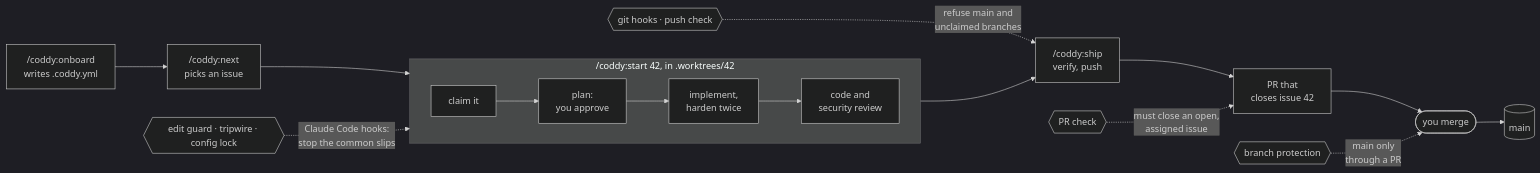
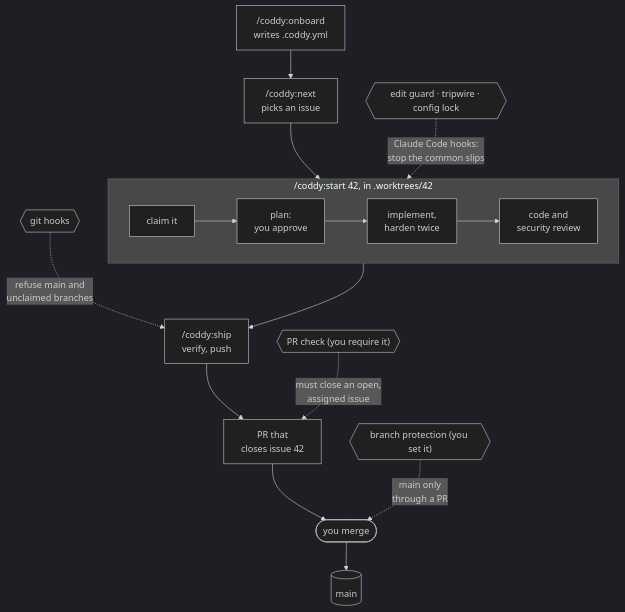
Before and after one commit to mnsami/coddy: the diagram in README.md, drawn with Mermaid (dark theme). The commit also changed other lines of this file and 1 other file, not shown here.

Commit message:
chore: label guards you set yourself, correct diagram edges and skill rows, stack the workflow diagram

````diff
--- a/README.md
+++ b/README.md
@@ -77,18 +77,18 @@
 ```mermaid
-flowchart LR
+flowchart TB
   A["/coddy:onboard<br/>writes .coddy.yml"] --> B["/coddy:next<br/>picks an issue"]
   B --> S
   subgraph S["/coddy:start 42, in .worktrees/42"]
     direction LR
     s1["claim it"] --> s2["plan:<br/>you approve"]
     s2 --> s3["implement,<br/>harden twice"] --> s4["code and<br/>security review"]
   end
   S --> D["/coddy:ship<br/>verify, push"]
   D --> E["PR that<br/>closes issue 42"]
   E --> F(["you merge"])
   F --> G[("main")]
   g1{{"edit guard · tripwire · config lock"}} -. "Claude Code hooks:<br/>stop the common slips" .-> S
-  g2{{"git hooks · push check"}} -. "refuse main and<br/>unclaimed branches" .-> D
-  g3{{"PR check"}} -. "must close an open,<br/>assigned issue" .-> E
-  g4{{"branch protection"}} -. "main only<br/>through a PR" .-> F
+  g2{{"git hooks"}} -. "refuse main and<br/>unclaimed branches" .-> D
+  g3{{"PR check (you require it)"}} -. "must close an open,<br/>assigned issue" .-> E
+  g4{{"branch protection (you set it)"}} -. "main only<br/>through a PR" .-> F
 ```
````
